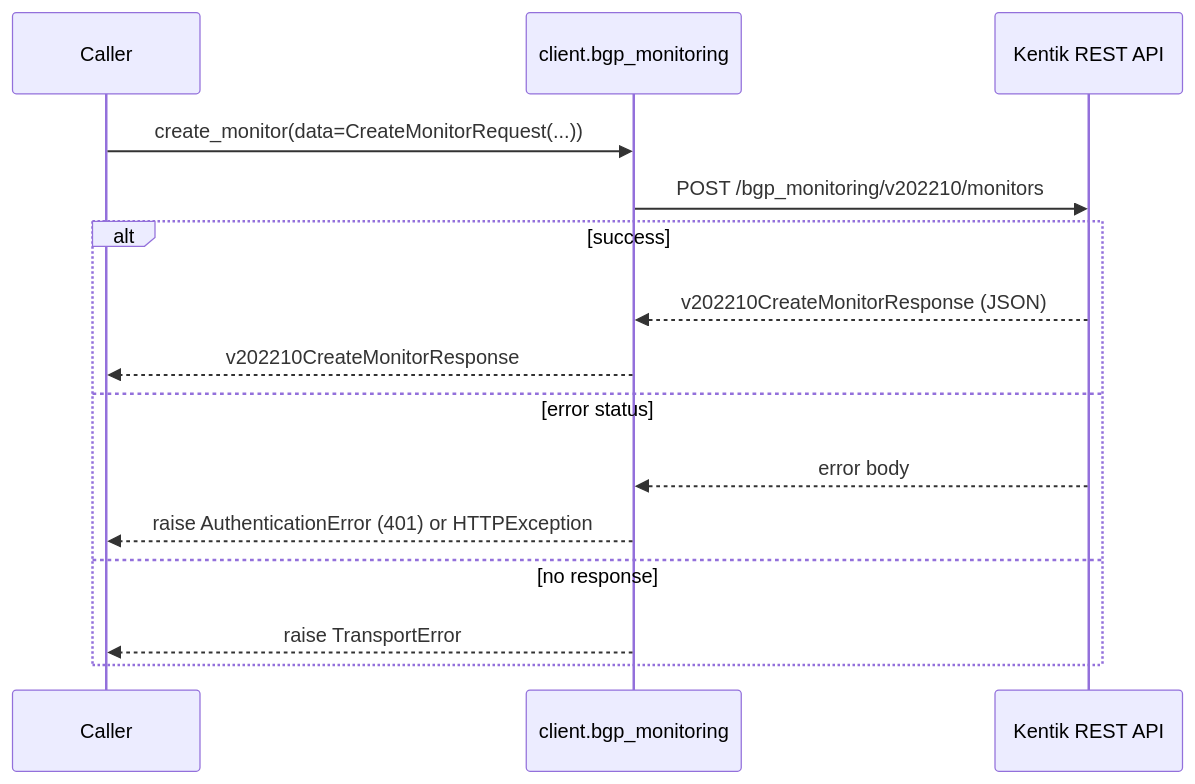
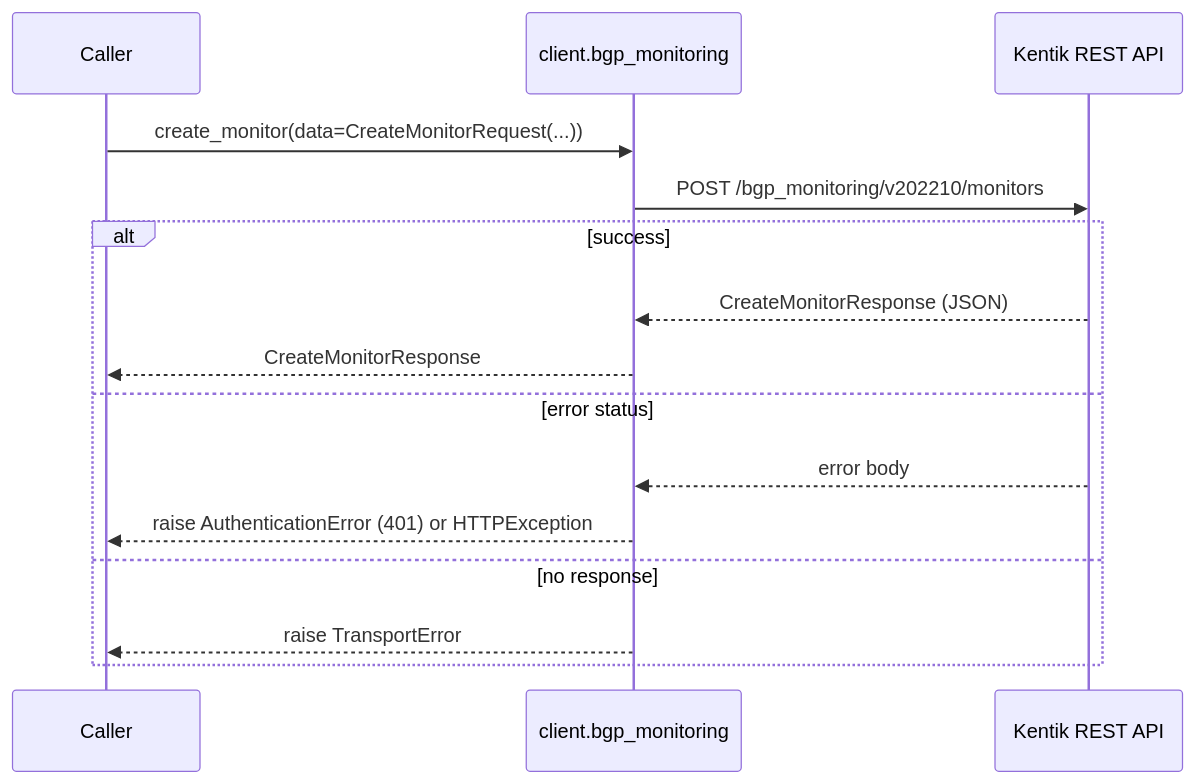
Before and after one commit to alexdearaujo/community_sdk_python: the eighth of 18 diagrams in docs/sphinx/services/bgp_monitoring.md, drawn with Mermaid. The commit also changed other lines of this file and 38 other files, not shown here.

````diff
--- a/docs/sphinx/services/bgp_monitoring.md
+++ b/docs/sphinx/services/bgp_monitoring.md
@@ -260,18 +260,18 @@
 ```mermaid
 sequenceDiagram
     participant C as Caller
     participant W as client.bgp_monitoring
     participant API as Kentik REST API
 
     C->>W: create_monitor(data=CreateMonitorRequest(...))
     W->>API: POST /bgp_monitoring/v202210/monitors
     alt success
-        API-->>W: v202210CreateMonitorResponse (JSON)
-        W-->>C: v202210CreateMonitorResponse
+        API-->>W: CreateMonitorResponse (JSON)
+        W-->>C: CreateMonitorResponse
     else error status
         API-->>W: error body
         W-->>C: raise AuthenticationError (401) or HTTPException
     else no response
         W-->>C: raise TransportError
     end
 ```
````
